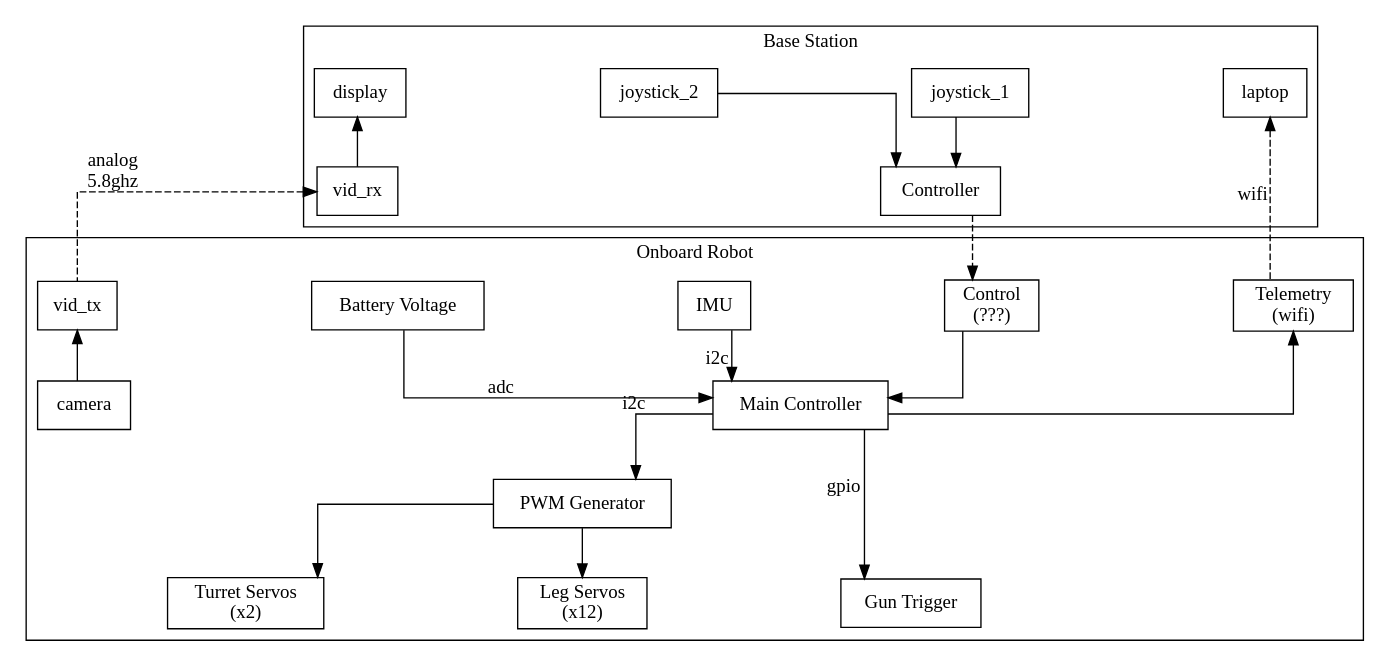
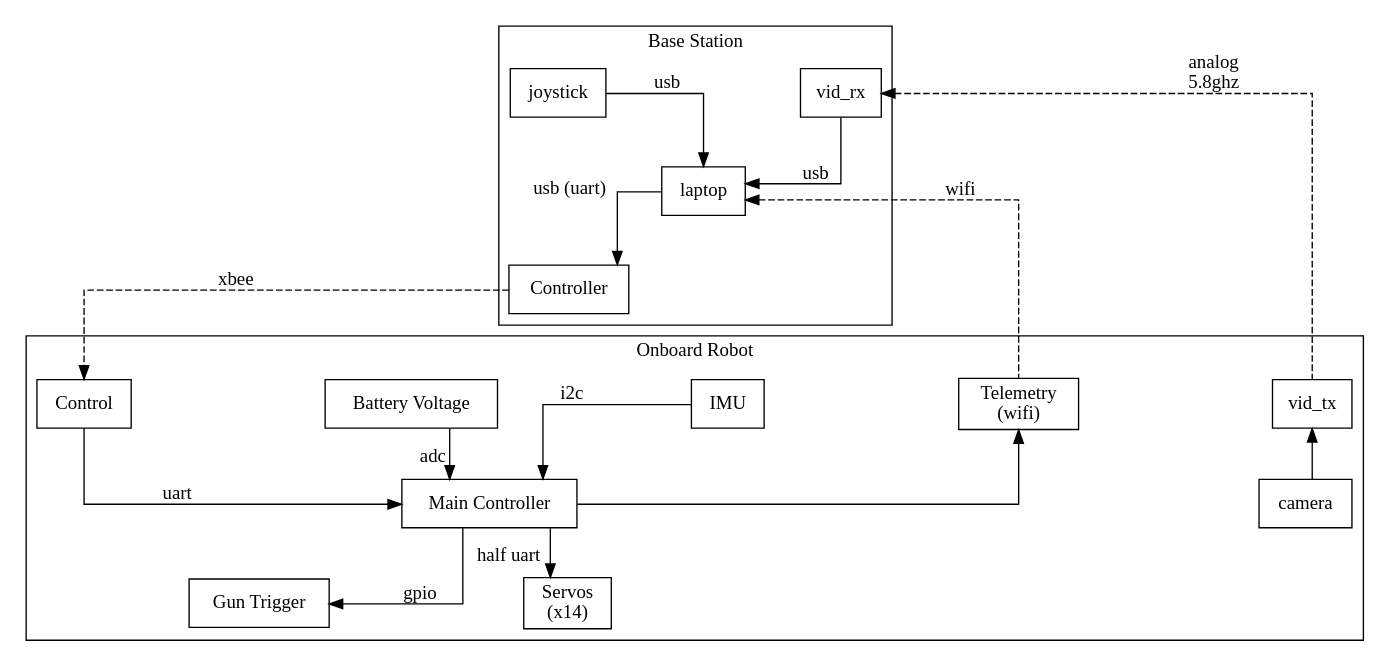
Before and after one commit to sdfgeoff/slate-mech: the diagram in diagrams/communication.dot, drawn with Graphviz. The commit also changed 8 other files, not shown here.

```diff
--- a/diagrams/communication.dot
+++ b/diagrams/communication.dot
@@ -1,46 +1,42 @@
 digraph {
 	rankdir=TB
 	graph [splines=ortho, nodesep=2]
 	node [shape=record]
 
-	comm_ctl [label="Control\n(???)"]
+	comm_ctl [label="Control"]
 	comm_telem [label="Telemetry\n(wifi)"]
 	mcu [label="Main Controller"]
-	pwm [label="PWM Generator"]
 	gun [label="Gun Trigger"]
-	legs [label="Leg Servos\n(x12)"]
-	turret [label="Turret Servos\n(x2)"]
+	servos [label="Servos\n(x14)"]
 	imu [label="IMU"]
 	v_sens [label="Battery Voltage"]
 	controller [label="Controller"]
 
 	subgraph cluster_0 {
 		label = "Onboard Robot";
 
-		comm_ctl -> mcu
+		comm_ctl -> mcu [xlabel="uart"]
 		comm_telem -> mcu [dir=back]
-		mcu -> pwm [xlabel="i2c"]
-		pwm -> legs
-		pwm -> turret
+		mcu -> servos [xlabel="half uart"]
 		mcu -> gun [xlabel="gpio"]
 		v_sens -> mcu [xlabel="adc"]
 		imu -> mcu [xlabel="i2c"]
 
-		{ rank=same; legs; turret; gun; }
+		{ rank=same; servos; gun; }
 
 		vid_tx -> camera [dir=back]
 	}
 	subgraph cluster_1 {
 		label = "Base Station";
-		laptop
-		display -> vid_rx [dir=back]
-		joystick_1 -> controller
-		joystick_2 -> controller
+		vid_rx -> laptop [xlabel="usb"]
+		joystick -> laptop [xlabel="usb"]
+		laptop -> controller [xlabel="usb (uart)"]
+
 	}
 
-	controller -> comm_ctl [style="dashed", ]
+	controller -> comm_ctl [style="dashed", xlabel="xbee"]
 	laptop -> comm_telem [dir=back, style="dashed", xlabel="wifi"]
 	vid_rx -> vid_tx [dir=back, style="dashed", xlabel="analog\n5.8ghz"]
 
 
 }
```
